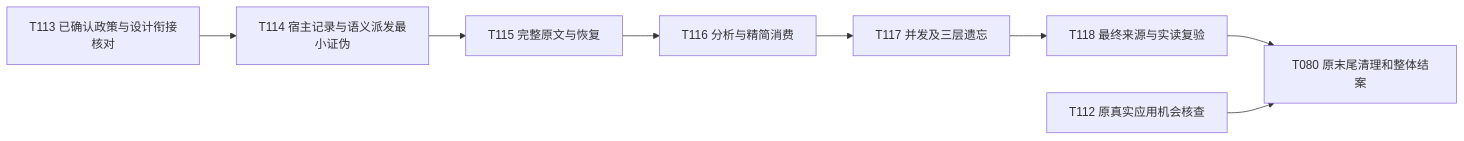
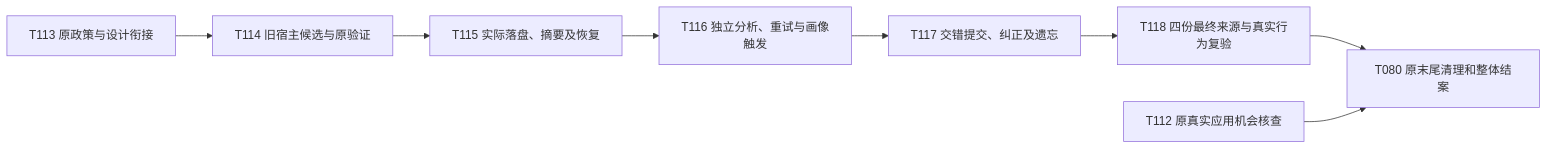
The first of 5 diagrams in specs/skills/20261029-speckit-workflow-foundation/diagrams/logic-flow.md (Ena-Heleneto/agent-foundry), drawn with Mermaid before and after one commit. The commit also changed other lines of this file and 124 other files, not shown here.

````diff
--- a/specs/skills/20261029-speckit-workflow-foundation/diagrams/logic-flow.md
+++ b/specs/skills/20261029-speckit-workflow-foundation/diagrams/logic-flow.md
@@ -7,10 +7,10 @@
 ```mermaid
 flowchart LR
-    T113["T113 已确认政策与设计衔接核对"] --> T114["T114 宿主记录与语义派发最小证伪"]
-    T114 --> T115["T115 完整原文与恢复"]
-    T115 --> T116["T116 分析与精简消费"]
-    T116 --> T117["T117 并发及三层遗忘"]
-    T117 --> T118["T118 最终来源与实读复验"]
+    T113["T113 原政策与设计衔接"] --> T114["T114 旧宿主候选与原验证"]
+    T114 --> T115["T115 实际落盘、摘要及恢复"]
+    T115 --> T116["T116 独立分析、重试与画像触发"]
+    T116 --> T117["T117 交错提交、纠正及遗忘"]
+    T117 --> T118["T118 四份最终来源与真实行为复验"]
     T118 --> T080["T080 原末尾清理和整体结案"]
     T112["T112 原真实应用机会核查"] --> T080
 ```
````
